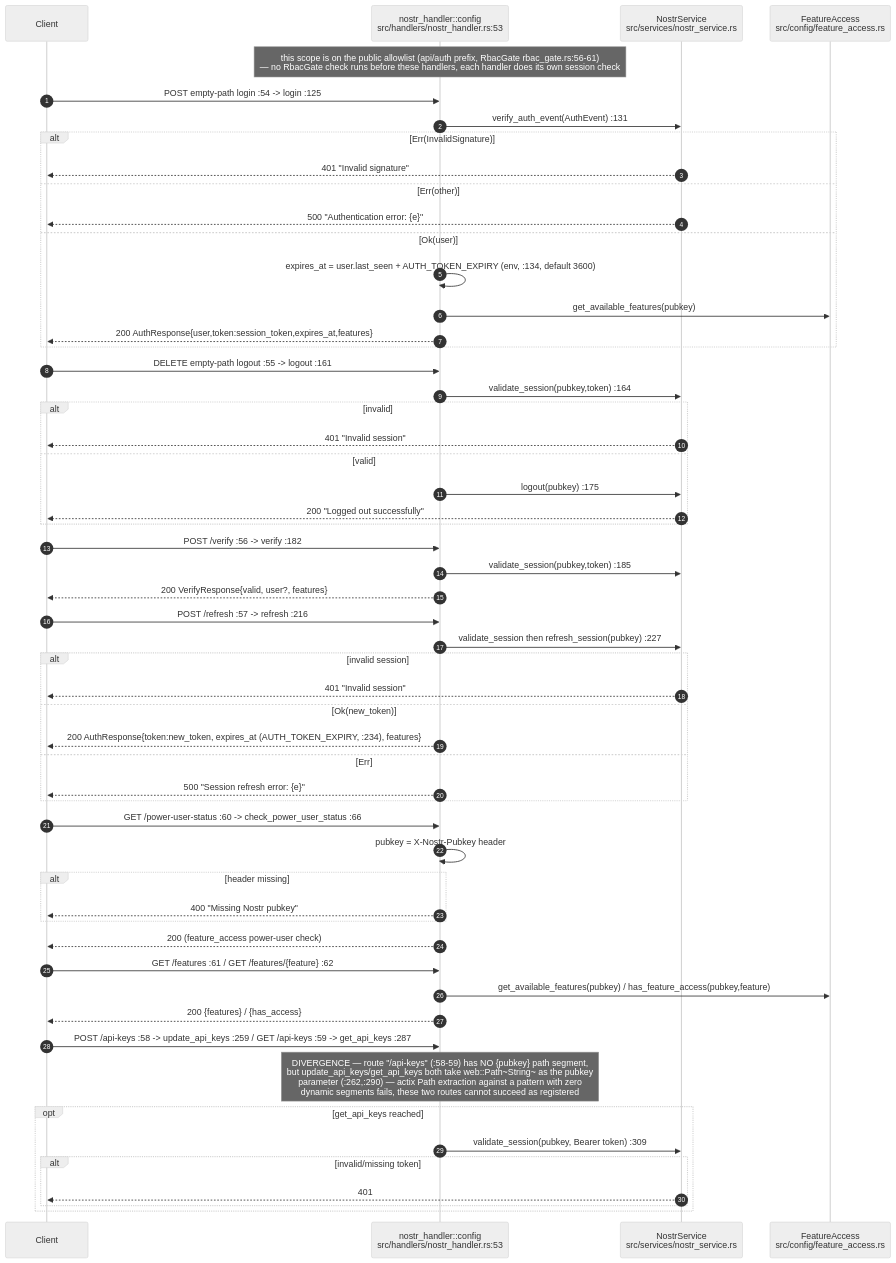
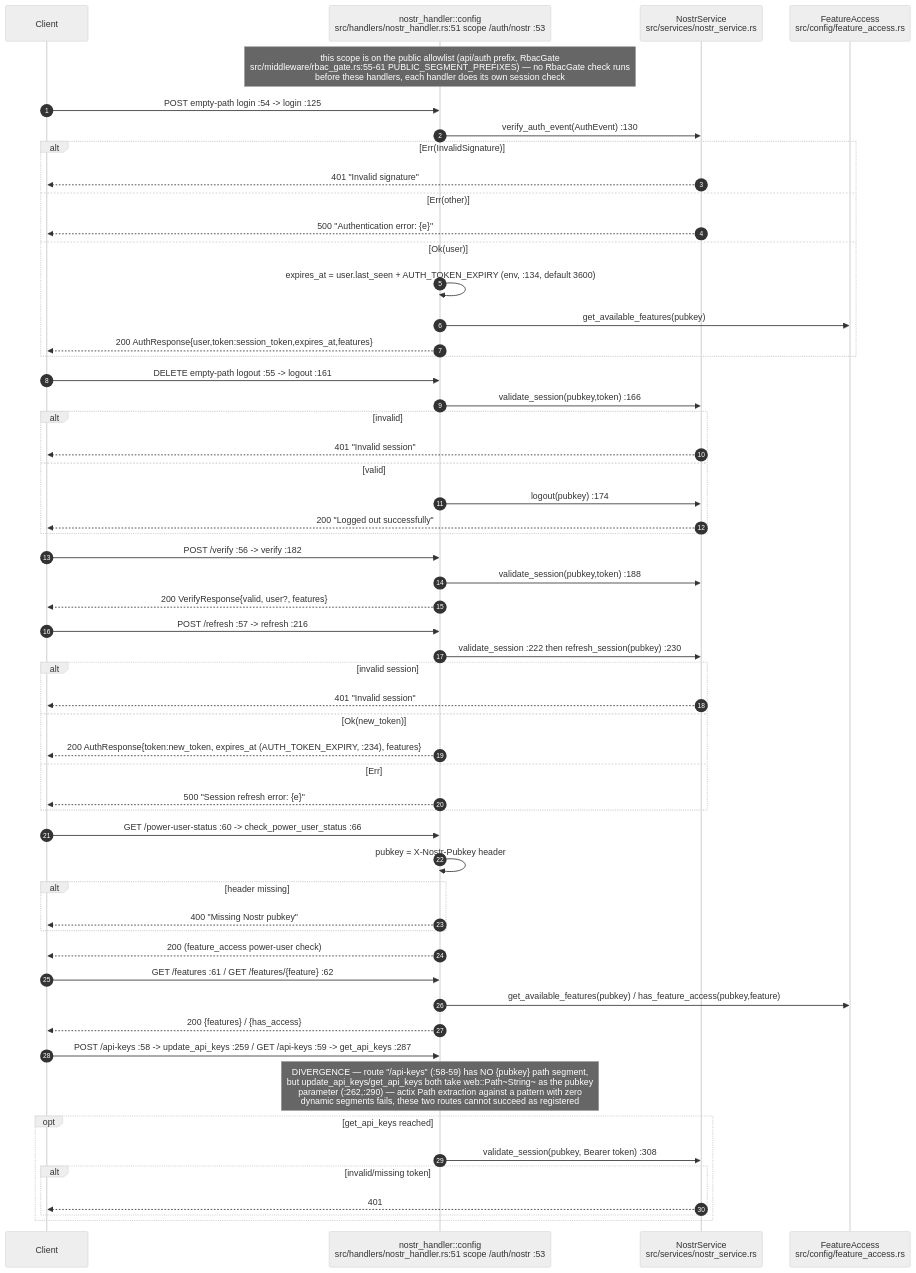
Before and after one commit to DreamLab-AI/VisionFlow: the third of 18 diagrams in docs/diagrams/visionclaw/05-handlers-governance-and-identity.md, drawn with Mermaid (neutral theme). The commit also changed other lines of this file and 52 other files, not shown here.

First line of the commit message:
docs(diagrams): wave 3 checkpoint — bare line refs resolved, revision-pinned cite-check, VC-05/AB-01..13 re-attested

````diff
--- a/docs/diagrams/visionclaw/05-handlers-governance-and-identity.md
+++ b/docs/diagrams/visionclaw/05-handlers-governance-and-identity.md
@@ -140,58 +141,58 @@
 ```mermaid
 sequenceDiagram
     autonumber
     participant C as Client
-    participant H as nostr_handler::config<br/>src/handlers/nostr_handler.rs:53
+    participant H as nostr_handler::config<br/>src/handlers/nostr_handler.rs:51 scope /auth/nostr :53
     participant NS as NostrService<br/>src/services/nostr_service.rs
     participant FA as FeatureAccess<br/>src/config/feature_access.rs
 
-    Note over H: this scope is on the public allowlist (api/auth prefix, RbacGate rbac_gate.rs:56-61)<br/>— no RbacGate check runs before these handlers, each handler does its own session check
+    Note over H: this scope is on the public allowlist (api/auth prefix, RbacGate<br/>src/middleware/rbac_gate.rs:55-61 PUBLIC_SEGMENT_PREFIXES) — no RbacGate check runs<br/>before these handlers, each handler does its own session check
     C->>H: POST empty-path login :54 -> login :125
-    H->>NS: verify_auth_event(AuthEvent) :131
+    H->>NS: verify_auth_event(AuthEvent) :130
     alt Err(InvalidSignature)
         NS-->>C: 401 "Invalid signature"
     else Err(other)
         NS-->>C: 500 "Authentication error: {e}"
     else Ok(user)
         H->>H: expires_at = user.last_seen + AUTH_TOKEN_EXPIRY (env, :134, default 3600)
         H->>FA: get_available_features(pubkey)
         H-->>C: 200 AuthResponse{user,token:session_token,expires_at,features}
     end
     C->>H: DELETE empty-path logout :55 -> logout :161
-    H->>NS: validate_session(pubkey,token) :164
+    H->>NS: validate_session(pubkey,token) :166
     alt invalid
         NS-->>C: 401 "Invalid session"
     else valid
-        H->>NS: logout(pubkey) :175
+        H->>NS: logout(pubkey) :174
         NS-->>C: 200 "Logged out successfully"
     end
     C->>H: POST /verify :56 -> verify :182
-    H->>NS: validate_session(pubkey,token) :185
+    H->>NS: validate_session(pubkey,token) :188
     H-->>C: 200 VerifyResponse{valid, user?, features}
     C->>H: POST /refresh :57 -> refresh :216
-    H->>NS: validate_session then refresh_session(pubkey) :227
+    H->>NS: validate_session :222 then refresh_session(pubkey) :230
     alt invalid session
         NS-->>C: 401 "Invalid session"
     else Ok(new_token)
         H-->>C: 200 AuthResponse{token:new_token, expires_at (AUTH_TOKEN_EXPIRY, :234), features}
     else Err
         H-->>C: 500 "Session refresh error: {e}"
     end
     C->>H: GET /power-user-status :60 -> check_power_user_status :66
     H->>H: pubkey = X-Nostr-Pubkey header
     alt header missing
         H-->>C: 400 "Missing Nostr pubkey"
     end
     H-->>C: 200 (feature_access power-user check)
     C->>H: GET /features :61 / GET /features/{feature} :62
     H->>FA: get_available_features(pubkey) / has_feature_access(pubkey,feature)
     H-->>C: 200 {features} / {has_access}
     C->>H: POST /api-keys :58 -> update_api_keys :259 / GET /api-keys :59 -> get_api_keys :287
     Note over H: DIVERGENCE — route "/api-keys" (:58-59) has NO {pubkey} path segment,<br/>but update_api_keys/get_api_keys both take web::Path~String~ as the pubkey<br/>parameter (:262,:290) — actix Path extraction against a pattern with zero<br/>dynamic segments fails, these two routes cannot succeed as registered
     opt get_api_keys reached
-        H->>NS: validate_session(pubkey, Bearer token) :309
+        H->>NS: validate_session(pubkey, Bearer token) :308
         alt invalid/missing token
             NS-->>C: 401
         end
     end
 ```
````
